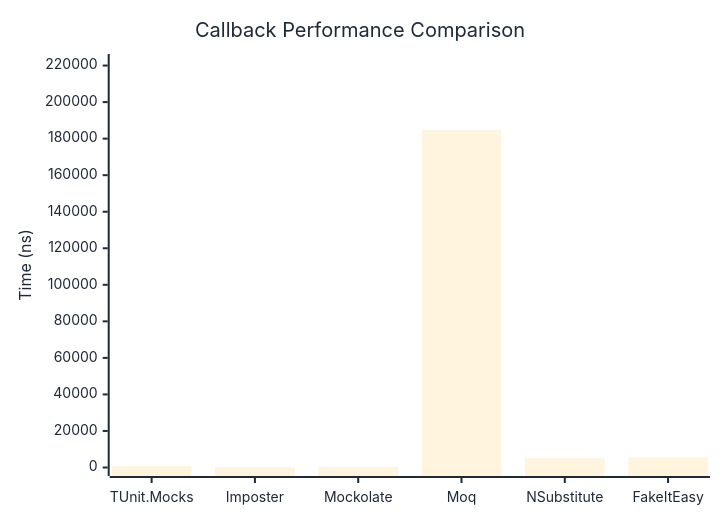
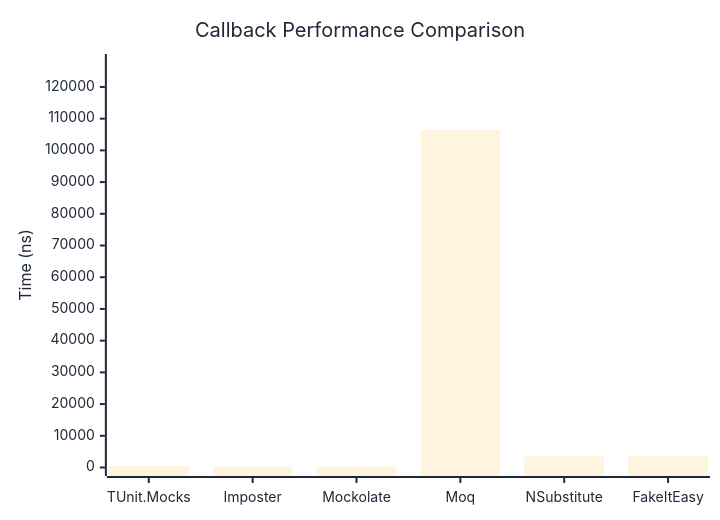
One commit to thomhurst/TUnit changed the first of 2 diagrams in docs/docs/benchmarks/mocks/Callback.md. Above: the diagram before and after it, drawn with Mermaid. The commit also changed other lines of this file and 14 other files, not shown here.

````diff
--- a/docs/docs/benchmarks/mocks/Callback.md
+++ b/docs/docs/benchmarks/mocks/Callback.md
@@ -30,27 +30,27 @@
 ```mermaid
 %%{init: {
   'theme':'base',
   'themeVariables': {
     'primaryColor': '#2563eb',
     'primaryTextColor': '#1f2937',
     'primaryBorderColor': '#1e40af',
     'lineColor': '#6b7280',
     'secondaryColor': '#7c3aed',
     'tertiaryColor': '#dc2626',
     'background': '#ffffff',
     'pie1': '#2563eb',
     'pie2': '#7c3aed',
     'pie3': '#dc2626',
     'pie4': '#f59e0b',
     'pie5': '#10b981',
     'pie6': '#06b6d4',
     'pie7': '#ec4899',
     'pie8': '#6366f1'
   }
 }}%%
 xychart-beta
   title "Callback Performance Comparison"
   x-axis ["TUnit.Mocks", "Imposter", "Mockolate", "Moq", "NSubstitute", "FakeItEasy"]
-  y-axis "Time (ns)" 0 --> 221676
-  bar [723.4, 304.9, 365.7, 184729.2, 5070.8, 5410.3]
+  y-axis "Time (ns)" 0 --> 127708
+  bar [536.5, 202.3, 270.9, 106423.1, 3444.8, 3709.9]
 ```
````
